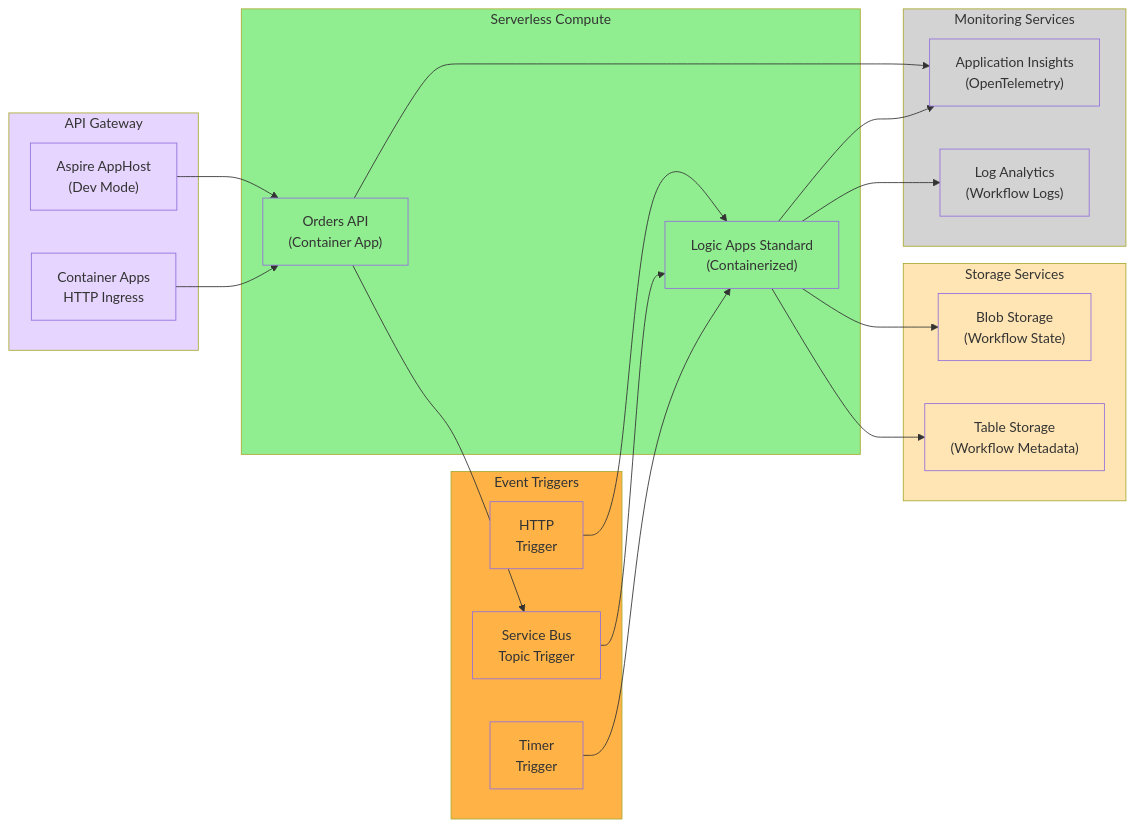
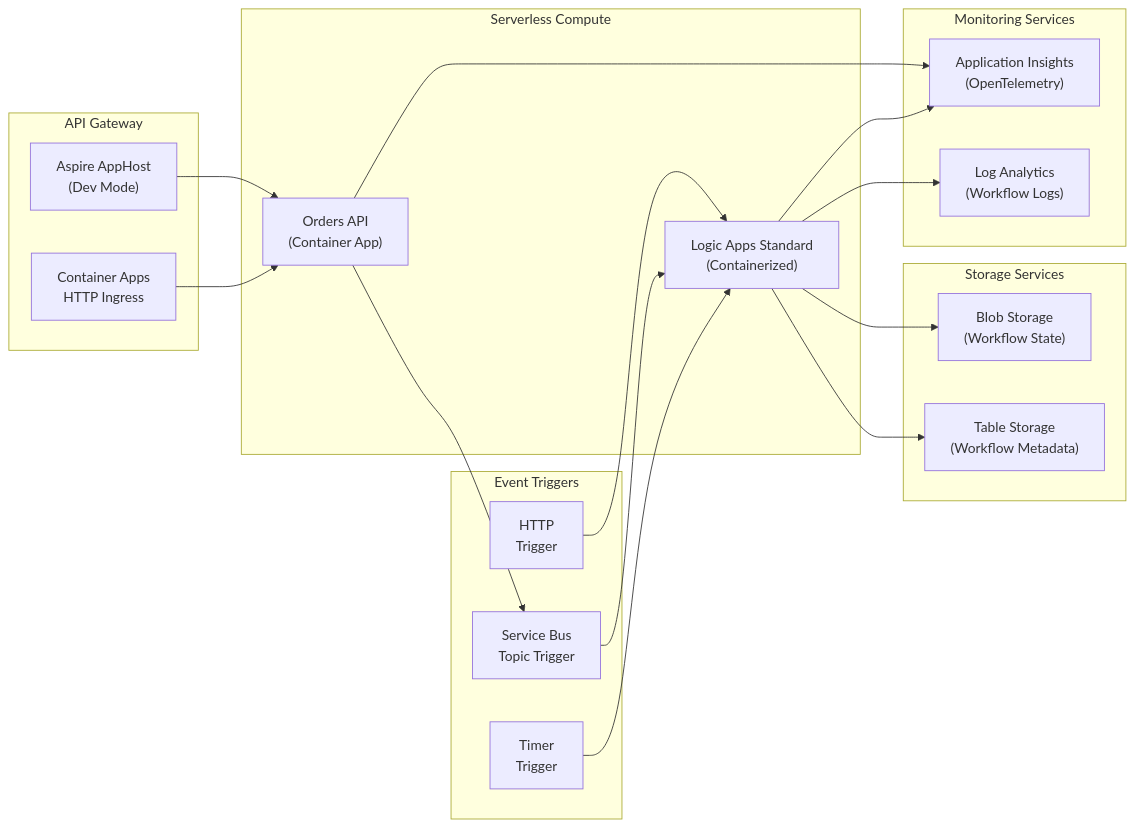
Before and after one commit to Evilazaro/Azure-LogicApps-Monitoring: diagram 11 of 12 in README.md, drawn with Mermaid. The commit also changed other lines of this file, not shown here.

Commit message:
refactor: remove redundant style definitions from flowcharts in README.md

````diff
--- a/README.md
+++ b/README.md
@@ -849,61 +683,44 @@
 ```mermaid
 flowchart LR
     subgraph APIGateway["API Gateway"]
         AspireHost["Aspire AppHost<br/>(Dev Mode)"]
         ContainerAppsHTTP["Container Apps<br/>HTTP Ingress"]
     end
     
     subgraph ServerlessCompute["Serverless Compute"]
         OrdersAPI["Orders API<br/>(Container App)"]
         LogicApps["Logic Apps Standard<br/>(Containerized)"]
     end
     
     subgraph EventSources["Event Triggers"]
         ServiceBusTopic["Service Bus<br/>Topic Trigger"]
         HTTPTrigger["HTTP<br/>Trigger"]
         TimerTrigger["Timer<br/>Trigger"]
     end
     
     subgraph DataStorage["Storage Services"]
         BlobStorage["Blob Storage<br/>(Workflow State)"]
         TableStorage["Table Storage<br/>(Workflow Metadata)"]
     end
     
     subgraph Monitoring["Monitoring Services"]
         AppInsights["Application Insights<br/>(OpenTelemetry)"]
         LogAnalytics["Log Analytics<br/>(Workflow Logs)"]
     end
     
     AspireHost --> OrdersAPI
     ContainerAppsHTTP --> OrdersAPI
     
     HTTPTrigger --> LogicApps
     ServiceBusTopic --> LogicApps
     TimerTrigger --> LogicApps
     
     OrdersAPI --> ServiceBusTopic
     
     LogicApps --> BlobStorage
     LogicApps --> TableStorage
     
     OrdersAPI --> AppInsights
     LogicApps --> LogAnalytics
     LogicApps --> AppInsights
-    
-    style APIGateway fill:#E6D5FF
-    style ServerlessCompute fill:#90EE90
-    style EventSources fill:#FFB347
-    style DataStorage fill:#FFE5B4
-    style Monitoring fill:#D3D3D3
-    style AspireHost fill:#E6D5FF
-    style ContainerAppsHTTP fill:#E6D5FF
-    style OrdersAPI fill:#90EE90
-    style LogicApps fill:#90EE90
-    style ServiceBusTopic fill:#FFB347
-    style HTTPTrigger fill:#FFB347
-    style TimerTrigger fill:#FFB347
-    style BlobStorage fill:#FFE5B4
-    style TableStorage fill:#FFE5B4
-    style AppInsights fill:#D3D3D3
-    style LogAnalytics fill:#D3D3D3
 ```
````
